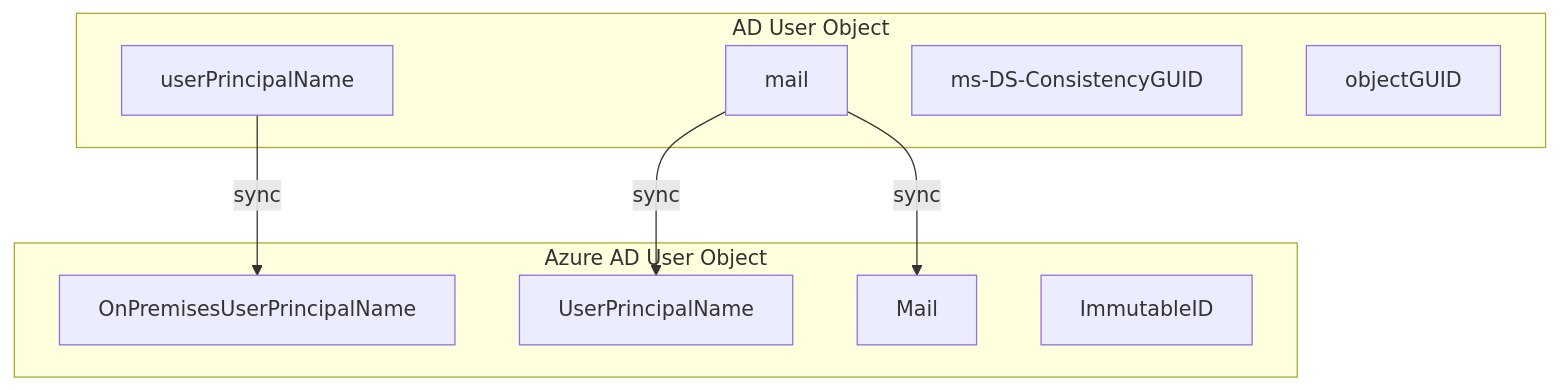
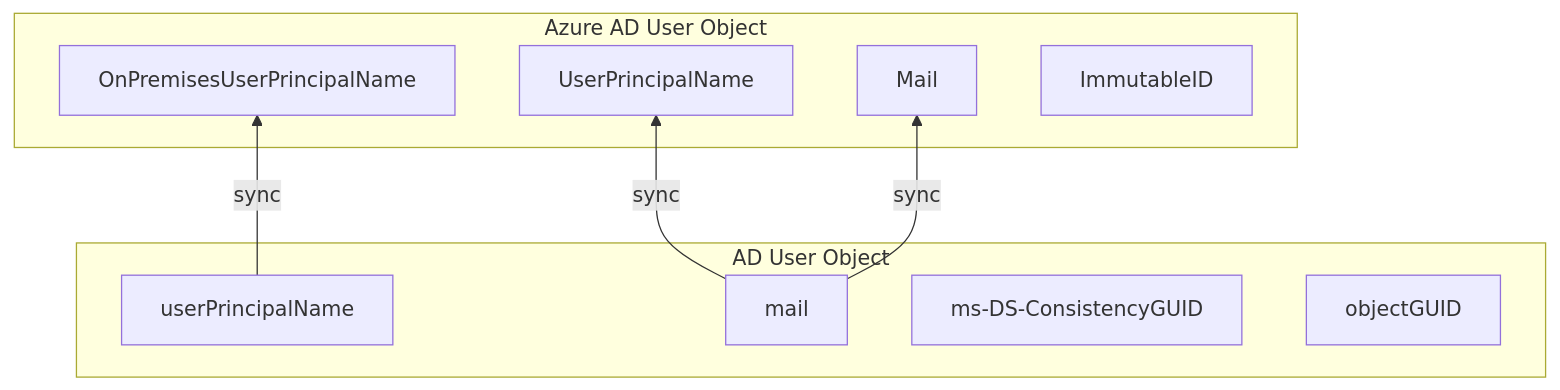
One commit to amasse3/AzureAD-Baseline-MLZ changed the diagram in doc/AAD-CertificateBasedAuthentication-DODPKI.md. Above: the diagram before and after it, drawn with Mermaid.

Commit message:
update to BT

`````diff
--- a/doc/AAD-CertificateBasedAuthentication-DODPKI.md
+++ b/doc/AAD-CertificateBasedAuthentication-DODPKI.md
@@ -28,18 +28,18 @@
 ````mermaid
-flowchart TB
+flowchart BT
     subgraph Azure AD User Object
     UserPrincipalName
     OnPremisesUserPrincipalName
     Mail
     ImmutableID
     end
     subgraph AD User Object
     userPrincipalName
     mail
     ms-DS-ConsistencyGUID
     objectGUID
     end
     userPrincipalName--sync-->OnPremisesUserPrincipalName
     mail--sync-->UserPrincipalName
     mail--sync-->Mail
 ````
`````
